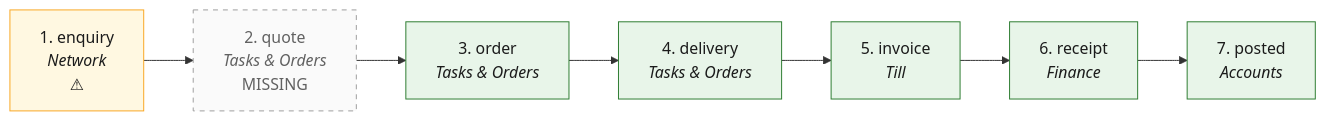
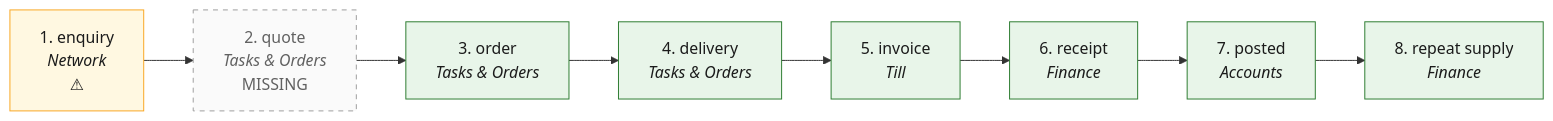
One commit to maharishia07/chitbridge-web changed the diagram in docs/process/O2C.md. Above: the diagram before and after it, drawn with Mermaid. The commit also changed other lines of this file and 11 other files, not shown here.

Commit message:
RI1: repeat supply — the Finance tab (CBList), Repeat this… on a sent invoice (CBSteps), the agreement panel in the chit sheet (accept · counter · decline · skip), the walk, the O2C row

````diff
--- a/docs/process/O2C.md
+++ b/docs/process/O2C.md
@@ -7,17 +7,18 @@
 ```mermaid
 flowchart LR
   S1["1. enquiry<br/><i>Network</i><br/>⚠"]
   S2["2. quote<br/><i>Tasks & Orders</i><br/>MISSING"]
   S3["3. order<br/><i>Tasks & Orders</i>"]
   S4["4. delivery<br/><i>Tasks & Orders</i>"]
   S5["5. invoice<br/><i>Till</i>"]
   S6["6. receipt<br/><i>Finance</i>"]
   S7["7. posted<br/><i>Accounts</i>"]
-  S1 --> S2 --> S3 --> S4 --> S5 --> S6 --> S7
+  S8["8. repeat supply<br/><i>Finance</i>"]
+  S1 --> S2 --> S3 --> S4 --> S5 --> S6 --> S7 --> S8
   classDef ok fill:#e8f5e9,stroke:#2e7d32,color:#1b1b1b
   classDef warn fill:#fff8e1,stroke:#f9a825,color:#1b1b1b
   classDef missing fill:#fafafa,stroke:#9e9e9e,stroke-dasharray:5 5,color:#616161
-  class S3,S4,S5,S6,S7 ok
+  class S3,S4,S5,S6,S7,S8 ok
   class S1 warn
   class S2 missing
 ```
````
